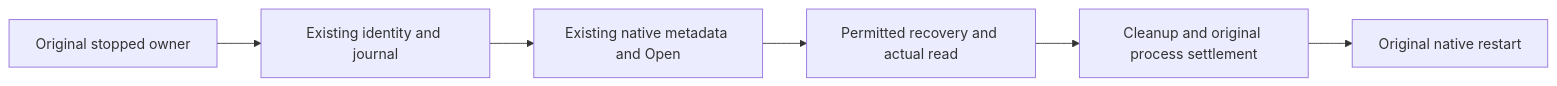
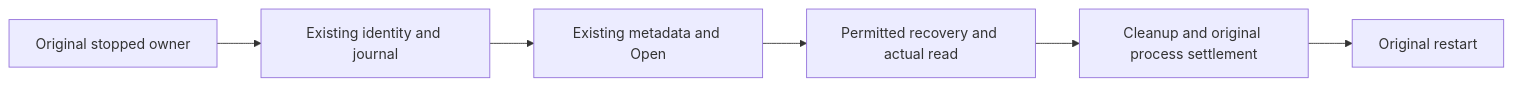
Before and after one commit to managedcode/KeyLoad: the second of 7 diagrams in docs/Features/StorageRecovery.md, drawn with Mermaid. The commit also changed other lines of this file and 9016 other files, not shown here.

````diff
--- a/docs/Features/StorageRecovery.md
+++ b/docs/Features/StorageRecovery.md
@@ -73,8 +73,8 @@
 ```mermaid
 flowchart LR
     Lock[Original stopped owner] --> Identity[Existing identity and journal]
-    Identity --> Native[Existing native metadata and Open]
-    Native --> Read[Permitted recovery and actual read]
+    Identity --> Execution[Existing metadata and Open]
+    Execution --> Read[Permitted recovery and actual read]
     Read --> Join[Cleanup and original process settlement]
-    Join --> Restart[Original native restart]
+    Join --> Restart[Original restart]
 ```
````
